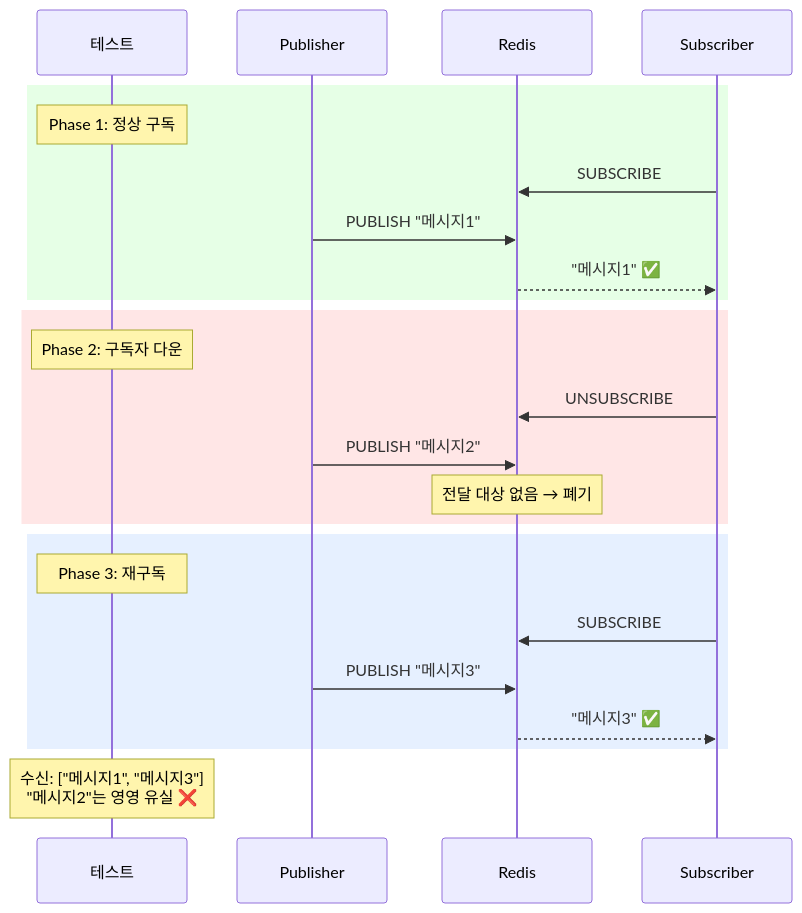
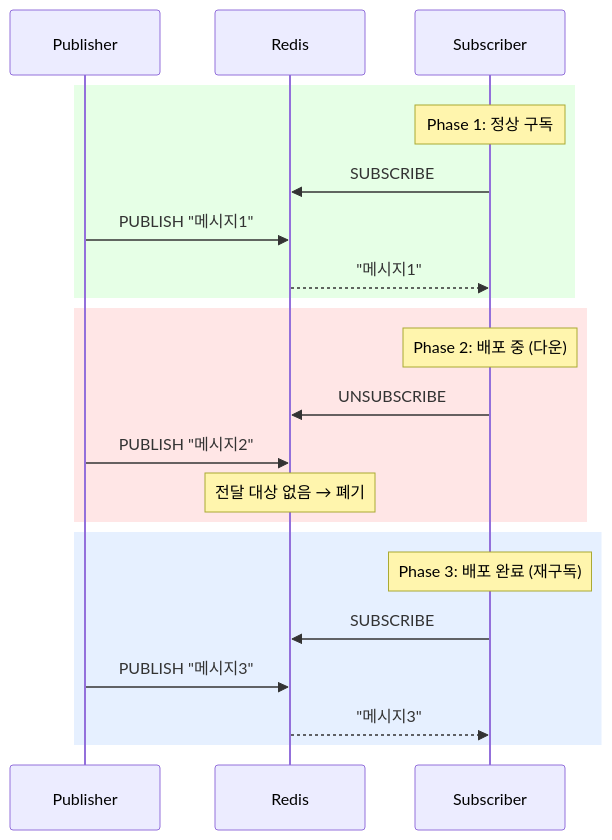
One commit to katiekim17/messaging-lab changed the fourth of 4 diagrams in src/test/java/com/example/messaging/step4_redis_pubsub/README.md. Above: the diagram before and after it, drawn with Mermaid. The commit also changed other lines of this file, not shown here.

````diff
--- a/src/test/java/com/example/messaging/step4_redis_pubsub/README.md
+++ b/src/test/java/com/example/messaging/step4_redis_pubsub/README.md
@@ -89,30 +102,27 @@
 ```mermaid
 sequenceDiagram
-    participant Test as 테스트
     participant Pub as Publisher
     participant Redis as Redis
     participant Sub as Subscriber
 
     rect rgb(230, 255, 230)
-        Note over Test: Phase 1: 정상 구독
+        Note over Sub: Phase 1: 정상 구독
         Sub->>Redis: SUBSCRIBE
         Pub->>Redis: PUBLISH "메시지1"
-        Redis-->>Sub: "메시지1" ✅
+        Redis-->>Sub: "메시지1"
     end
 
     rect rgb(255, 230, 230)
-        Note over Test: Phase 2: 구독자 다운
+        Note over Sub: Phase 2: 배포 중 (다운)
         Sub->>Redis: UNSUBSCRIBE
         Pub->>Redis: PUBLISH "메시지2"
         Note over Redis: 전달 대상 없음 → 폐기
     end
 
     rect rgb(230, 240, 255)
-        Note over Test: Phase 3: 재구독
+        Note over Sub: Phase 3: 배포 완료 (재구독)
         Sub->>Redis: SUBSCRIBE
         Pub->>Redis: PUBLISH "메시지3"
-        Redis-->>Sub: "메시지3" ✅
+        Redis-->>Sub: "메시지3"
     end
-
-    Note over Test: 수신: ["메시지1", "메시지3"]<br/>"메시지2"는 영영 유실 ❌
 ```
````
